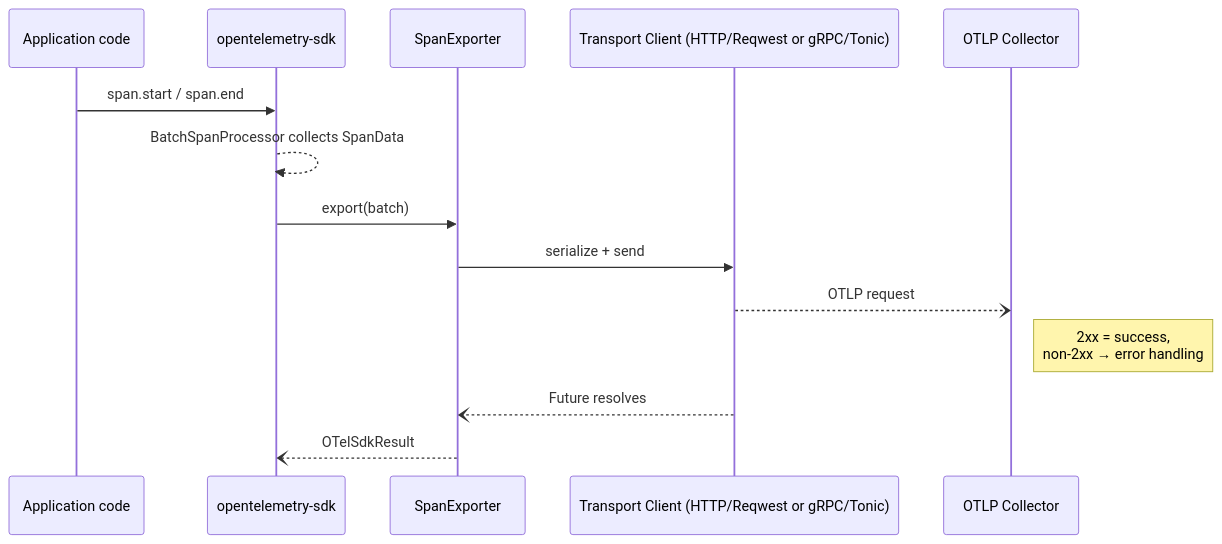
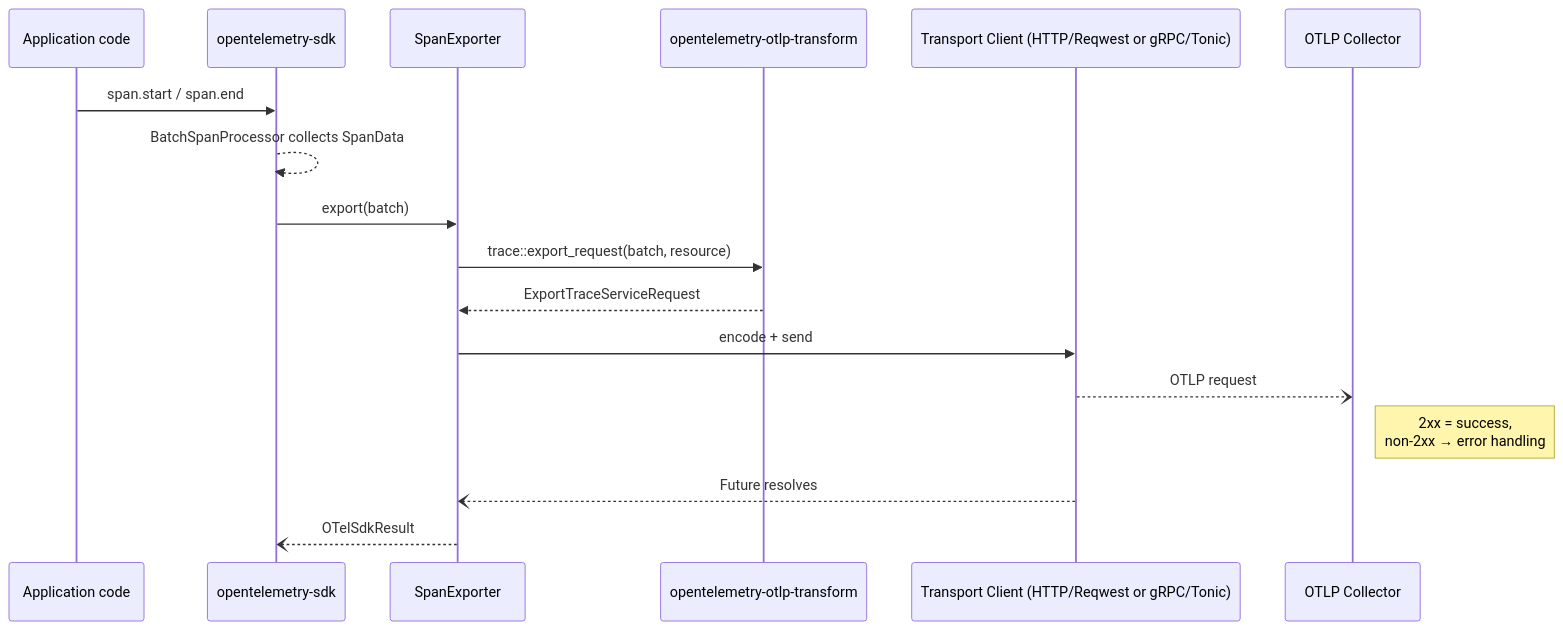
The second of 2 diagrams in docs/design/otlp.md (open-telemetry/opentelemetry-rust), drawn with Mermaid before and after one commit. The commit also changed other lines of this file and 20 other files, not shown here.

Commit message:
refactor(otlp): wire transform crate and decouple proto

````diff
--- a/docs/design/otlp.md
+++ b/docs/design/otlp.md
@@ -86,16 +95,19 @@
 ```mermaid
 sequenceDiagram
     participant App as Application code
     participant SDK as opentelemetry-sdk
     participant Exp as SpanExporter
+    participant Transform as opentelemetry-otlp-transform
     participant Tx as Transport Client (HTTP/Reqwest or gRPC/Tonic)
     participant Collector as OTLP Collector
     App->>SDK: span.start / span.end
     SDK-->>SDK: BatchSpanProcessor collects SpanData
     SDK->>Exp: export(batch)
-    Exp->>Tx: serialize + send
+    Exp->>Transform: trace::export_request(batch, resource)
+    Transform-->>Exp: ExportTraceServiceRequest
+    Exp->>Tx: encode + send
     Tx--)Collector: OTLP request
     note right of Collector: 2xx = success,<br/>non-2xx → error handling
     Tx--)Exp: Future resolves
     Exp--)SDK: OTelSdkResult
 ```
````
